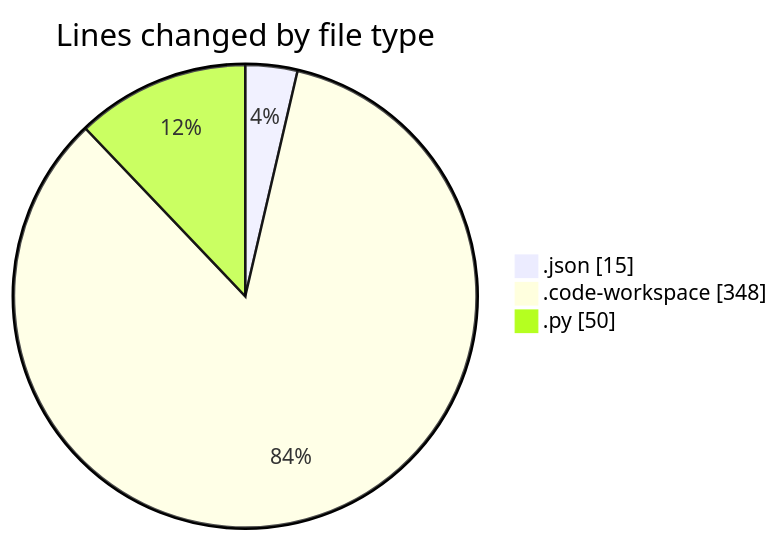
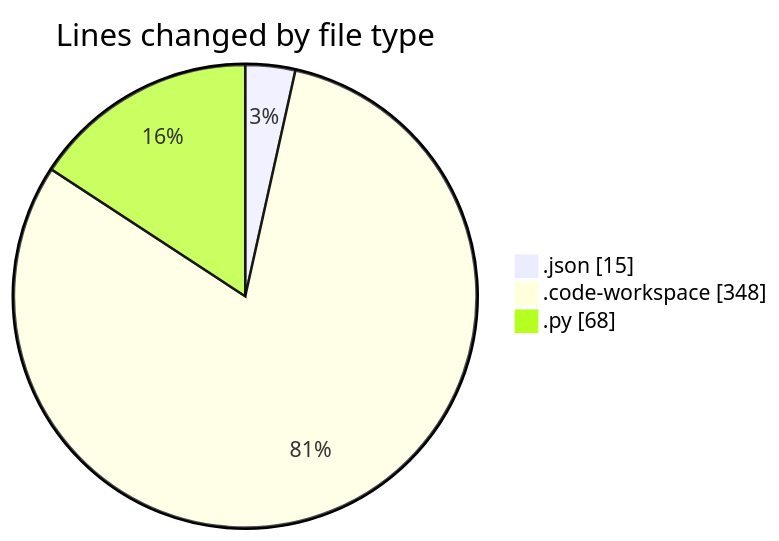
One commit to MatusMokan/code-tracking changed the first of 2 diagrams in 2025-02-25/myws__workspace_/README.md. Above: the diagram before and after it, drawn with Mermaid. The commit also changed other lines of this file and 1 other file, not shown here.

````diff
--- a/2025-02-25/myws__workspace_/README.md
+++ b/2025-02-25/myws__workspace_/README.md
@@ -22,7 +22,7 @@
 ```mermaid
 pie showData
 title Lines changed by file type
 ".json" : 15
 ".code-workspace" : 348
-".py" : 50
+".py" : 68
 ```
````
